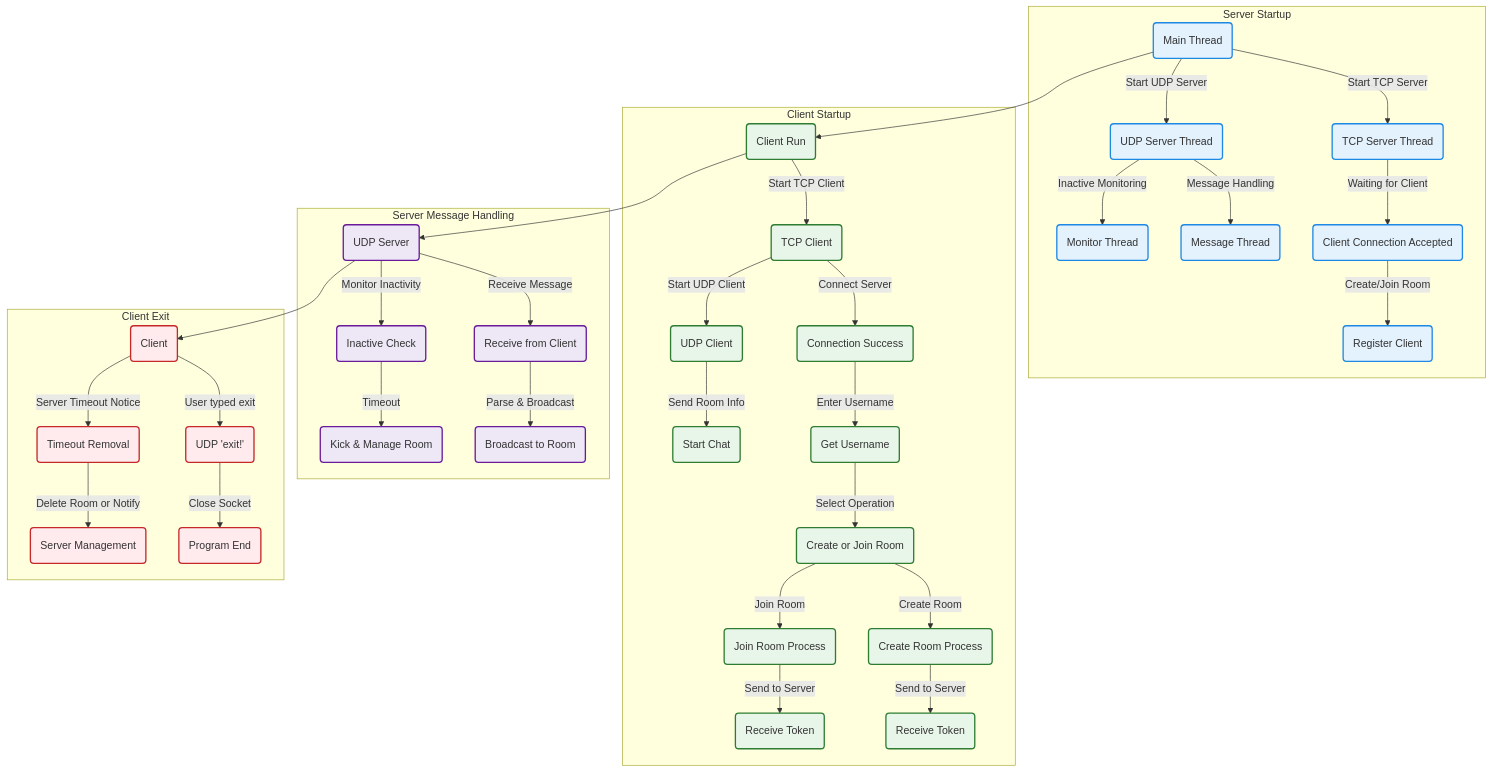
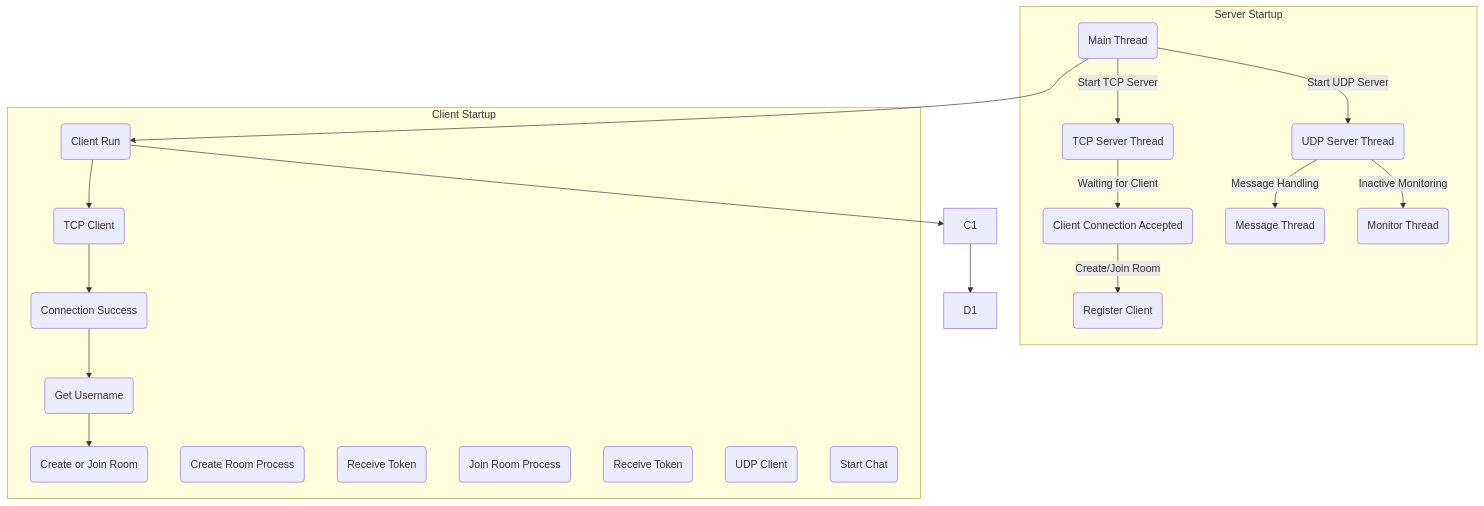
One commit to BackendExplorer/Multi-User-Chat-App changed the fifth of 5 diagrams in README.md. Above: the diagram before and after it, drawn with Mermaid. The commit also changed other lines of this file, not shown here.

````diff
--- a/README.md
+++ b/README.md
@@ -217,10 +303,5 @@
 ```mermaid
 graph TD
-
-classDef server fill:#e3f2fd,stroke:#1e88e5,stroke-width:2px
-classDef client fill:#e8f5e9,stroke:#2e7d32,stroke-width:2px
-classDef messaging fill:#ede7f6,stroke:#6a1b9a,stroke-width:2px
-classDef warning fill:#ffebee,stroke:#c62828,stroke-width:2px
 
 subgraph Server Startup
     A1(Main Thread)
@@ -230,15 +311,12 @@
     A5(Register Client)
     A6(Message Thread)
     A7(Monitor Thread)
-
     A1 -->|Start TCP Server| A2
     A1 -->|Start UDP Server| A3
     A2 -->|Waiting for Client| A4
     A4 -->|Create/Join Room| A5
     A3 -->|Message Handling| A6
     A3 -->|Inactive Monitoring| A7
-
-    class A1,A2,A3,A4,A5,A6,A7 server
 end
 
 subgraph Client Startup
@@ -253,49 +331,10 @@
     B9(Receive Token)
     B10(UDP Client)
     B11(Start Chat)
-
-    B1 -->|Start TCP Client| B2
-    B2 -->|Connect Server| B3
-    B3 -->|Enter Username| B4
-    B4 -->|Select Operation| B5
-    B5 -->|Create Room| B6
-    B6 -->|Send to Server| B7
-    B5 -->|Join Room| B8
-    B8 -->|Send to Server| B9
-    B2 -->|Start UDP Client| B10
-    B10 -->|Send Room Info| B11
-
-    class B1,B2,B3,B4,B5,B6,B7,B8,B9,B10,B11 client
-end
-
-subgraph Server Message Handling
-    C1(UDP Server)
-    C2(Receive from Client)
-    C3(Broadcast to Room)
-    C4(Inactive Check)
-    C5(Kick & Manage Room)
-
-    C1 -->|Receive Message| C2
-    C2 -->|Parse & Broadcast| C3
-    C1 -->|Monitor Inactivity| C4
-    C4 -->|Timeout| C5
-
-    class C1,C2,C3,C4,C5 messaging
-end
-
-subgraph Client Exit
-    D1(Client)
-    D2(UDP 'exit!')
-    D3(Program End)
-    D4(Timeout Removal)
-    D5(Server Management)
-
-    D1 -->|User typed exit| D2
-    D2 -->|Close Socket| D3
-    D1 -->|Server Timeout Notice| D4
-    D4 -->|Delete Room or Notify| D5
-
-    class D1,D2,D3,D4,D5 warning
+    B1 --> B2
+    B2 --> B3
+    B3 --> B4
+    B4 --> B5
 end
 
 A1 --> B1
````
